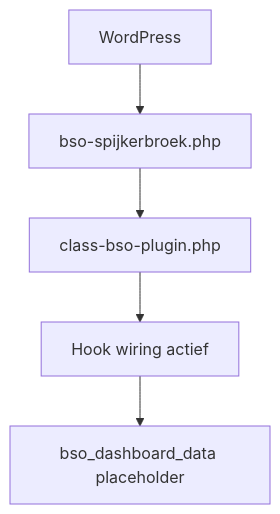
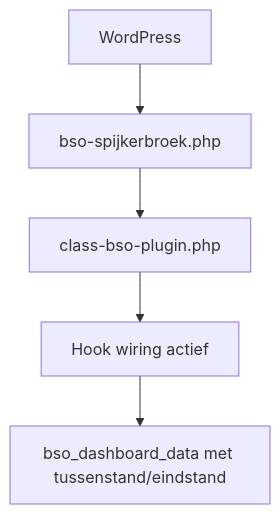
One commit to byteway/bso-spijkerbroek changed the first of 8 diagrams in document/Technical_Design_v2.md. Above: the diagram before and after it, drawn with Mermaid. The commit also changed other lines of this file and 8 other files, not shown here.

````diff
--- a/document/Technical_Design_v2.md
+++ b/document/Technical_Design_v2.md
@@ -78,7 +90,7 @@
 ```mermaid
 graph TD
 	WP[WordPress] --> MAIN[bso-spijkerbroek.php]
 	MAIN --> CORE[class-bso-plugin.php]
 	CORE --> HOOKS[Hook wiring actief]
-	HOOKS --> AJAX[bso_dashboard_data placeholder]
+	HOOKS --> AJAX[bso_dashboard_data met tussenstand/eindstand]
 ```
````
